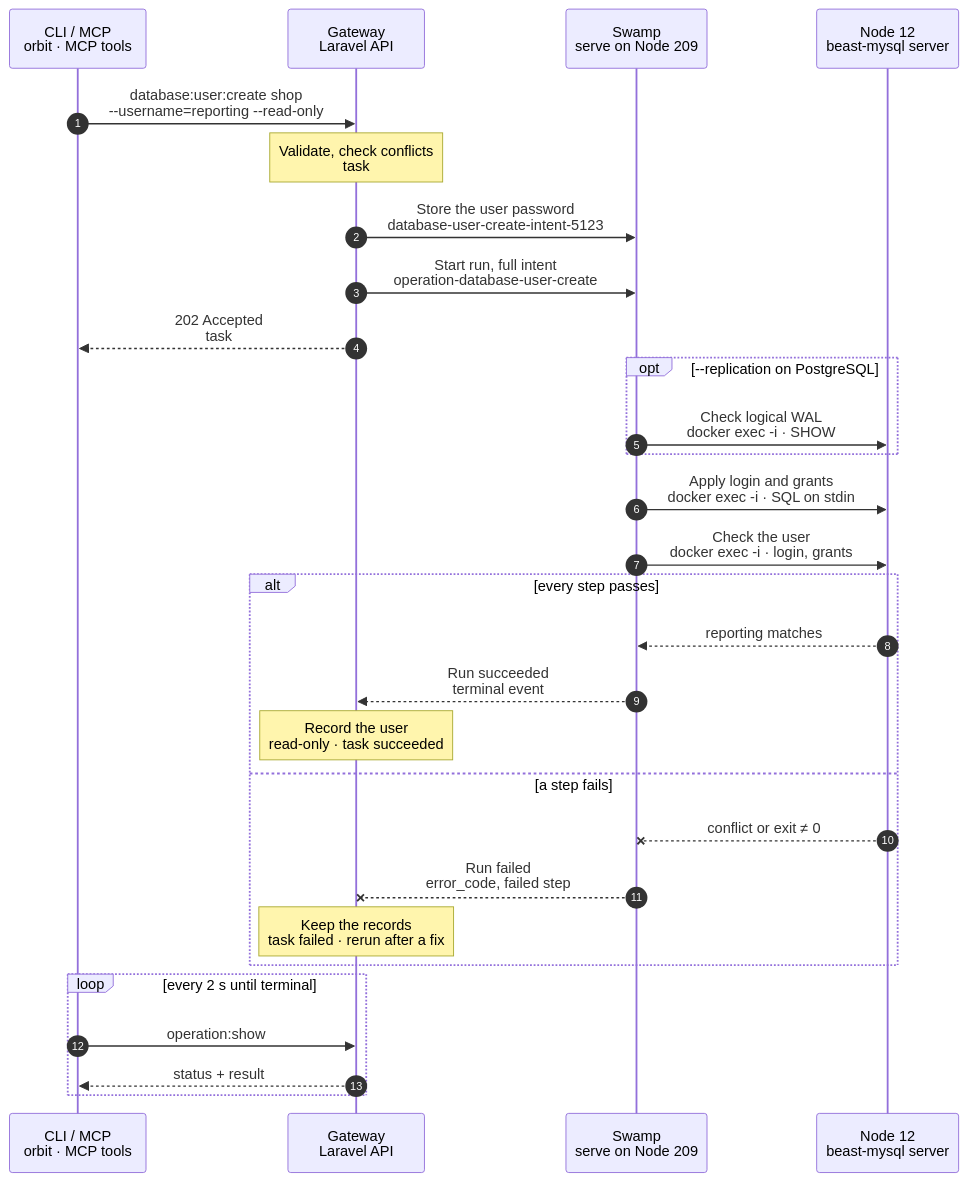
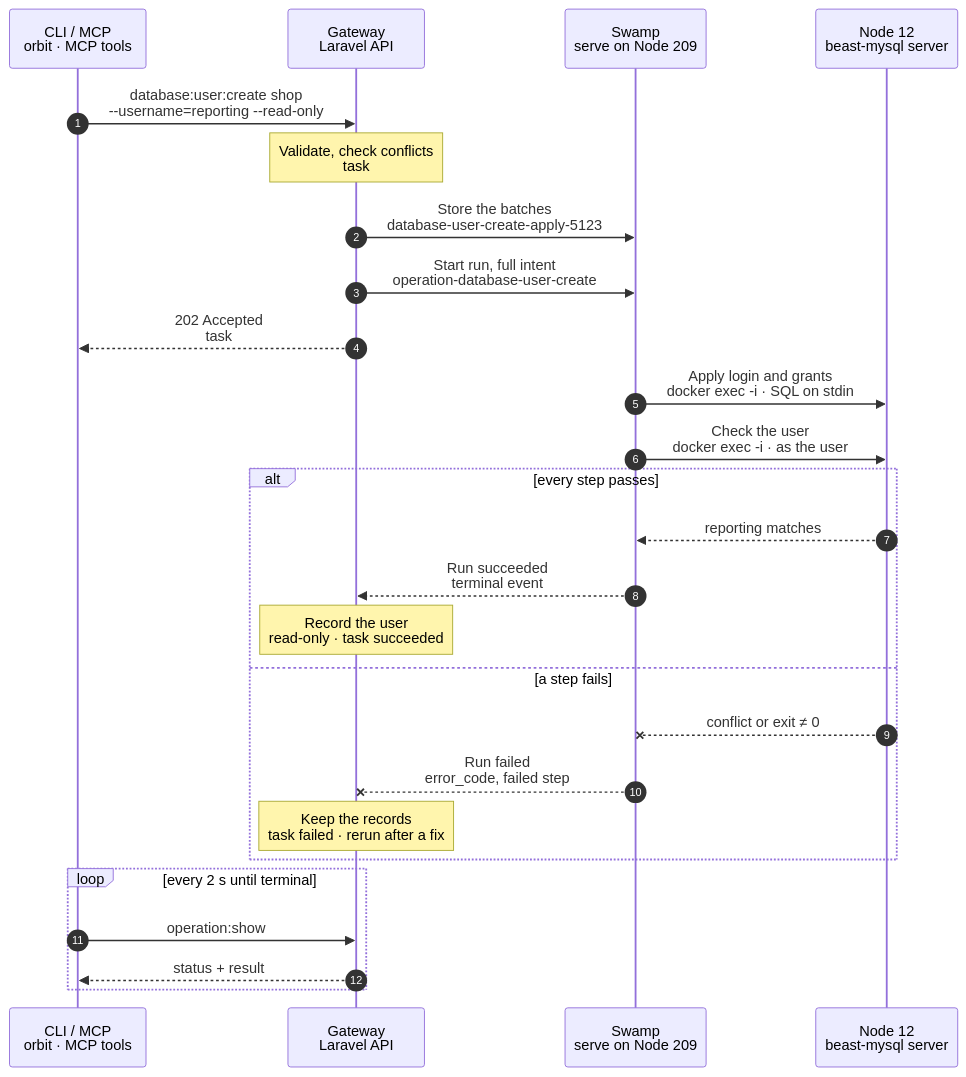
Before and after one commit to hardimpactdev/orbit: the diagram in docs/cli/database/user-create.mmd, drawn with Mermaid. The commit also changed 22 other files, not shown here.

First line of the commit message:
refactor(databases): database:user:create runs one batch and a user login check, both behind stdin logins (rule 22, Q-DBAUTH)

```diff
--- a/docs/cli/database/user-create.mmd
+++ b/docs/cli/database/user-create.mmd
@@ -1,120 +1,111 @@
 sequenceDiagram
   %% Target design: ADR 0244 task, DECISIONS R1-R4, 5 (swamp role SSH identity), round 2 bugs (server admin password by its own vault key, cleanup on pass or fail). docs/reference/database-servers.md#add-a-user.
   %% Tightened: flow-tighten 2026-11-02, rules 6, 22 (login and grants in one SQL batch on stdin; no copied scripts or cleanup).
   %% status: draft
   %% command: database:user:create
   %% kind: database_user.create
   autonumber
   %% lane CLI icon=terminal pill=caller tone=gray
   %% lane GW icon=gateway pill=intent tone=blue
   %% lane SW icon=workflow pill=executes tone=green
   %% lane N icon=server pill=target tone=amber
   participant CLI as CLI / MCP<br/>orbit · MCP tools
   participant GW as Gateway<br/>Laravel API
   participant SW as Swamp<br/>serve on Node 209
   participant N as Node 12<br/>beast-mysql server
   CLI->>GW: database:user:create shop<br/>--username=reporting --read-only
   %%> Command:
   %%> - `printf '%s' "$PASSWORD" | orbit database:user:create shop --username=reporting --read-only`
   %%> - syntax: `<slug> --username=USER [--read-only] [--replication] [--idempotency-key=KEY]`
   %%> Input:
   %%> - the connection slug of a database on a MySQL or PostgreSQL server
   %%> - the username: a 1-32 character identifier
   %%> - the password from piped standard input, or a hidden `Password` prompt on a terminal; never an argument
   %%> Grants:
   %%> - `--read-only`: `SELECT` on the database
   %%> - none: all database privileges on MySQL, data-write grants on PostgreSQL
   %%> - `--replication`: PostgreSQL only, `LOGIN REPLICATION` with read-only grants
   Note over GW: Validate, check conflicts<br/>task #5123 · lock beast-mysql
   %%> Requirements:
   %%> - your Node has an access grant to Node 12
   %%> - connection `shop` has a Database server (`database.server_required`)
   %%> - the server is MySQL or PostgreSQL (`database.driver_unsupported`); on Valkey each user is its own connection
   %%> - `reporting` is not the user of a connection on the server (`database.name_conflict`)
   %%> - no database removal runs on `beast-mysql`; the Gateway holds one lock per Database server
   %%> Result:
   %%> - task #5123 recorded with the database, owner, username and grant policy
   %%> - the password stored encrypted; nothing has happened on the Node yet
-  GW->>SW: Store the user password<br/>database-user-create-intent-5123
+  GW->>SW: Store the batches<br/>database-user-create-apply-5123
   %%> What it does:
-  %%> - puts the user's password, and on PostgreSQL a stable SCRAM salt, into the Swamp vault on Node 209 (R3)
-  %%> Not included:
-  %%> - the server's admin password; it is already in the vault under the server's own key `database-server-3-admin`
+  %%> - puts two whole values into the Swamp vault on Node 209 (R3)
+  %%> - `database-user-create-apply-5123`: the admin password line, then the batch with the user's password (a SCRAM verifier on PostgreSQL)
+  %%> - `database-user-create-check-5123`: the user's password line, then the check
   GW->>SW: Start run, full intent<br/>operation-database-user-create
   %%> What it does:
   %%> - starts one Swamp run on serve (Node 209)
   %%> Inputs:
   %%> - the driver, database, owner, username, grant policy and replication flag
   %%> - the vault key names `database-user-create-intent-5123` and `database-server-3-admin`
   %%> - Node 12's address and SSH host keys; the SSH identity comes from the `swamp` role
   GW-->>CLI: 202 Accepted<br/>task #5123
   %%> What you get:
   %%> - the task number, at once
   %%> Next:
   %%> - the CLI follows the task with `operation:show`
-  opt --replication on PostgreSQL
-    SW->>N: Check logical WAL<br/>docker exec -i · SHOW
-    %%> How:
-    %%> - Swamp reaches Node 12 over SSH from 209 with `@swamp/ssh` and the `swamp` role's SSH identity; nothing is copied to the Node
-    %%> - one `docker exec -i … psql` with `SHOW wal_level` on stdin
-    %%> What it does:
-    %%> - checks that the live server has `wal_level=logical`, before any change
-    %%> Refuses:
-    %%> - another level gives `database.wal_level_not_logical`; nothing changes
-    %%> Not included:
-    %%> - Orbit never changes the server configuration or creates publications
-  end
   SW->>N: Apply login and grants<br/>docker exec -i · SQL on stdin
   %%> How:
-  %%> - one `docker exec -i` with the statement batch on stdin; the user password from `vault.get` sits inside the SQL, never in argv
-  %%> - admin login: the 0600 option file for MySQL, local trust for PostgreSQL
+  %%> - Swamp reaches Node 12 over SSH from 209 with `@swamp/ssh` and the `swamp` role's SSH identity; nothing is copied to the Node
+  %%> - one `docker exec -i`; inside the container the first stdin line is the admin password, read into the client's password variable, then the batch; never in argv or a file
   %%> What it does:
+  %%> - with `--replication` on PostgreSQL: first checks that the live server has `wal_level=logical`
   %%> - creates the login, or sets the password of a user Orbit recorded before
   %%> - PostgreSQL: adds or removes the replication attribute
   %%> - replaces the user's privileges with exactly the requested ones, in the same batch
   %%> Refuses:
-  %%> - an existing PostgreSQL role outside this connection (`database.name_conflict`); the create statement refuses by itself
+  %%> - another WAL level (`database.wal_level_not_logical`) or an existing PostgreSQL role outside this connection (`database.name_conflict`); the batch stops before any change and prints the code for the Gateway
   %%> - MySQL: escapes underscores, so the grant covers only `shop`
   %%> - PostgreSQL replication: also owner defaults for future public tables
-  SW->>N: Check the user<br/>docker exec -i · login, grants
+  %%> Not included:
+  %%> - Orbit never changes the server configuration or creates publications
+  SW->>N: Check the user<br/>docker exec -i · as the user
   %%> What it does:
-  %%> - reads the live role or user back and checks its login, attributes and grants
+  %%> - the user logs in over TCP with its own password, from the first stdin line, and reads its own name
   %%> Why:
-  %%> - the user only counts as created when the server shows it
+  %%> - the user only counts as created when it can log in; the Gateway reads the answer in the native result
   alt every step passes
     N-->>SW: reporting matches
     %%> Returns:
     %%> - the check passed
     SW-->>GW: Run succeeded<br/>terminal event
     %%> How the Gateway learns it:
     %%> - its shared run reader sees the terminal event; Swamp never calls the Gateway
     Note over GW: Record the user<br/>read-only · task succeeded
     %%> Result:
     %%> - user `reporting` recorded for `shop`, with its privileges and encrypted password
     %%> - `database:user:list shop` shows it; `vault:sync` can publish its password to Vaultwarden
     %%> - task #5123 succeeds
   else a step fails
     N--xSW: conflict or exit ≠ 0
     %%> When:
     %%> - a name conflict, the wrong WAL level, failed SQL, or a lost SSH connection
     SW--xGW: Run failed<br/>error_code, failed step
     %%> The Gateway reads:
     %%> - which step failed and its error code
     Note over GW: Keep the records<br/>task failed · rerun after a fix
     %%> Result:
     %%> - the user records stay as before; a new user is not recorded
     %%> - task #5123 fails
     %%> On the Node:
     %%> - a login created before the failure stays; there is no rollback
     %%> - that is safe: a rerun sets the password and replaces the grants again
     %%> Retry:
     %%> - run the same command again after fixing the cause; it is a new task
   end
   loop every 2 s until terminal
     CLI->>GW: operation:show #5123
     %%> What it does:
     %%> - asks for the task's status every 2 seconds until it has ended
     GW-->>CLI: status + result
     %%> Returns:
     %%> - the current status, and the result once the task has ended
   end
```
